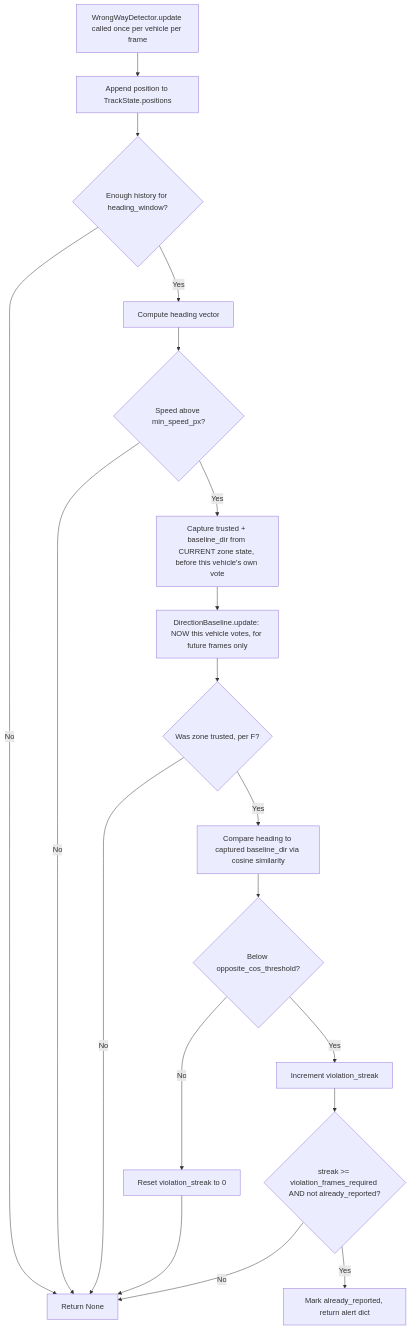
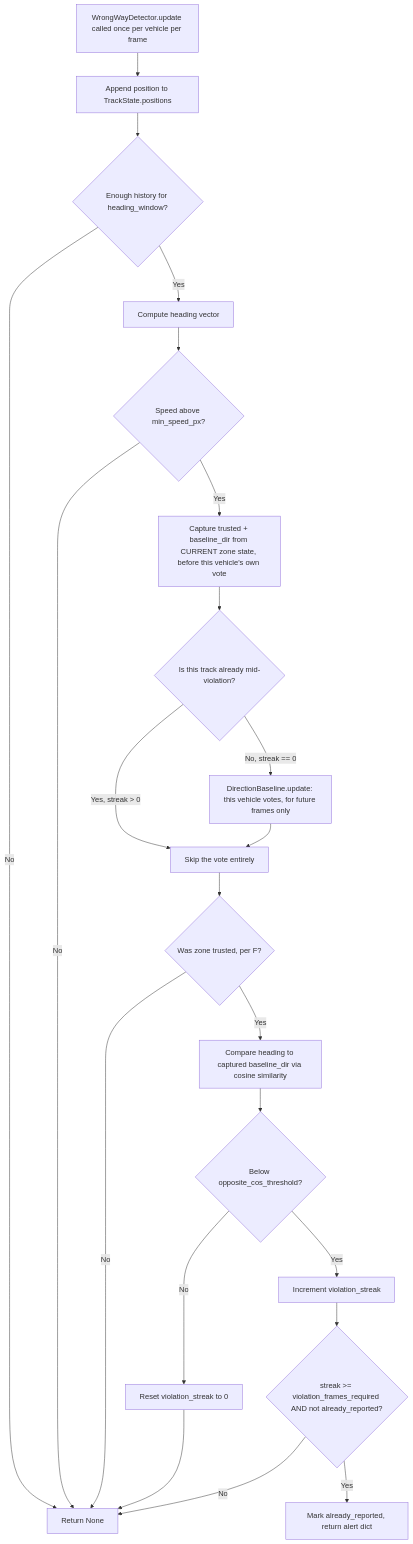
One commit to Arielevi15/Crime_Traffic_Dedector changed the third of 3 diagrams in md/ARCHITECTURE.md. Above: the diagram before and after it, drawn with Mermaid. The commit also changed other lines of this file and 2 other files, not shown here.

````diff
--- a/md/ARCHITECTURE.md
+++ b/md/ARCHITECTURE.md
@@ -62,20 +78,23 @@
 ```mermaid
 flowchart TD
     A[WrongWayDetector.update called once per vehicle per frame] --> B[Append position to TrackState.positions]
     B --> C{Enough history for heading_window?}
     C -->|No| Z[Return None]
     C -->|Yes| D[Compute heading vector]
     D --> E{Speed above min_speed_px?}
     E -->|No| Z
     E -->|Yes| F[Capture trusted + baseline_dir from CURRENT zone state, before this vehicle's own vote]
-    F --> G[DirectionBaseline.update: NOW this vehicle votes, for future frames only]
-    G --> H2{Was zone trusted, per F?}
-    H2 -->|No| Z
-    H2 -->|Yes| H[Compare heading to captured baseline_dir via cosine similarity]
+    F --> V{Is this track already mid-violation?}
+    V -->|Yes, streak > 0| H2[Skip the vote entirely]
+    V -->|No, streak == 0| G[DirectionBaseline.update: this vehicle votes, for future frames only]
+    G --> H2
+    H2 --> H3{Was zone trusted, per F?}
+    H3 -->|No| Z
+    H3 -->|Yes| H[Compare heading to captured baseline_dir via cosine similarity]
     H --> I{Below opposite_cos_threshold?}
     I -->|No| J[Reset violation_streak to 0] --> Z
     I -->|Yes| K[Increment violation_streak]
     K --> L{streak >= violation_frames_required AND not already_reported?}
     L -->|No| Z
     L -->|Yes| M[Mark already_reported, return alert dict]
 ```
````
